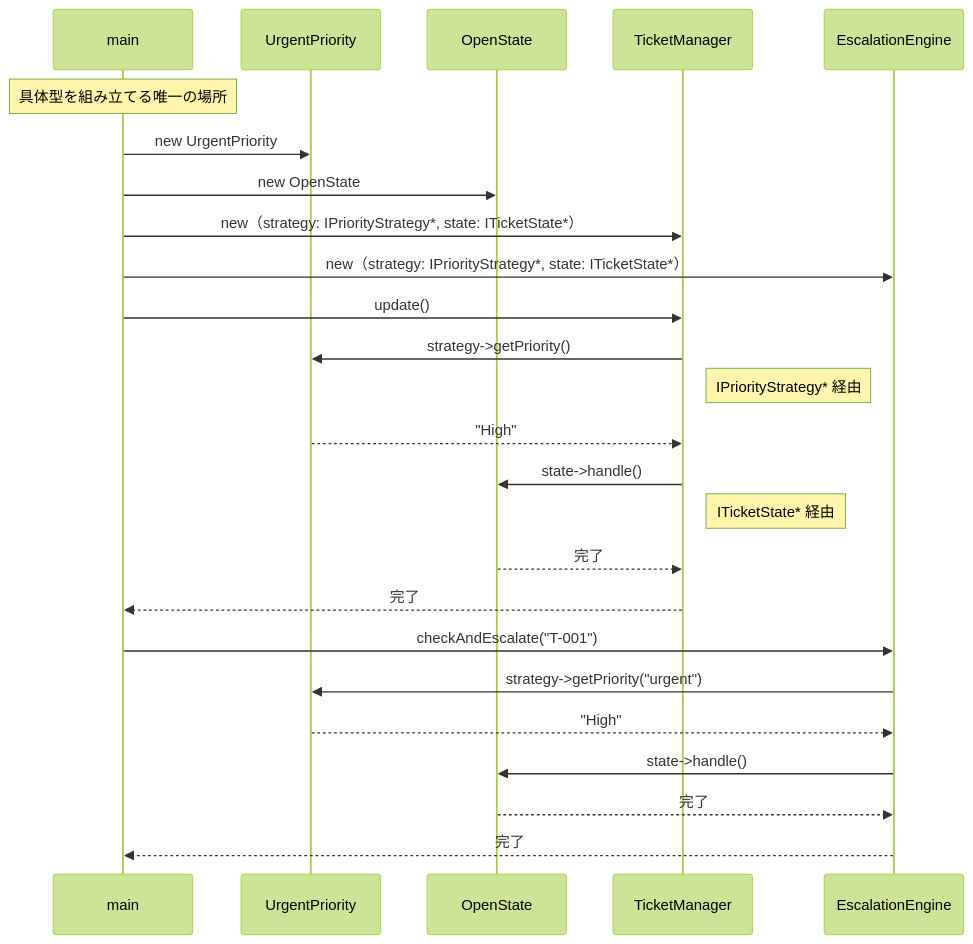
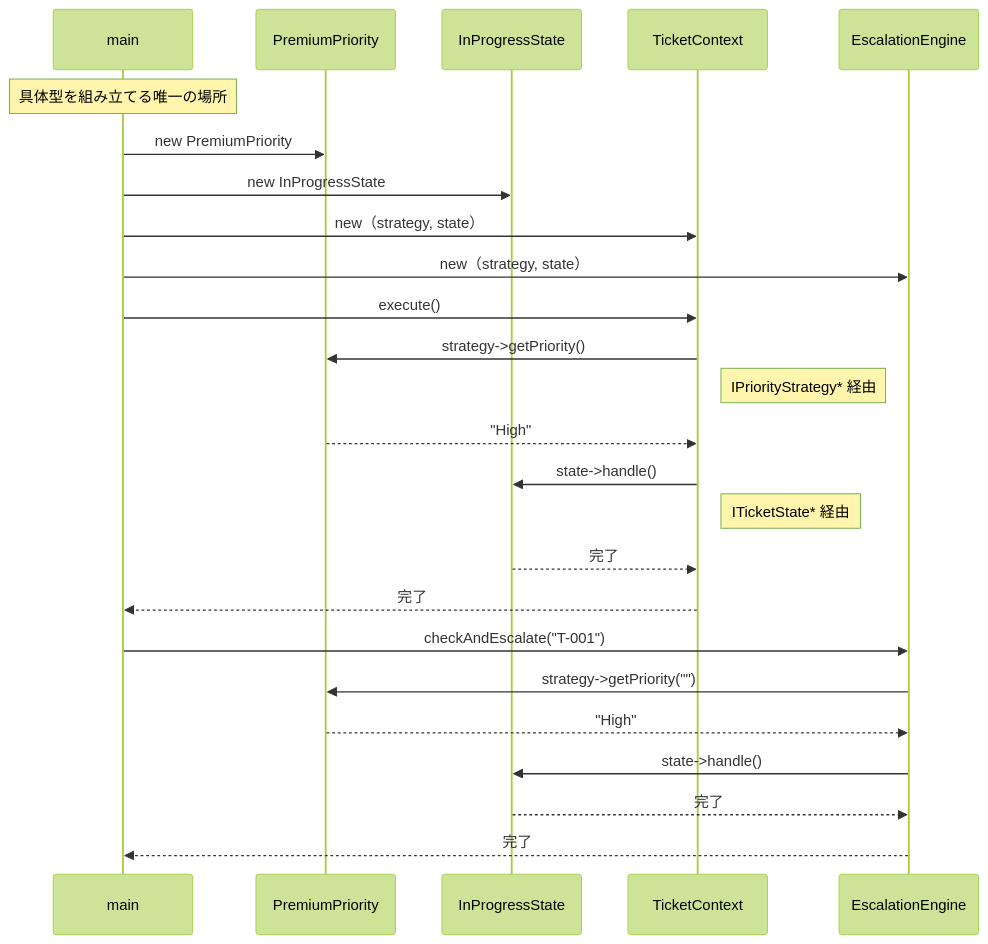
The ninth of 12 diagrams in kindle/design-patterns/output/chapter09_2.md (kumachan1101-pixel/DesignPattern), drawn with Mermaid (forest theme) before and after one commit. The commit also changed other lines of this file and 1 other file, not shown here.

````diff
--- a/kindle/design-patterns/output/chapter09_2.md
+++ b/kindle/design-patterns/output/chapter09_2.md
@@ -693,27 +871,27 @@
 ```mermaid
 sequenceDiagram
     participant main
-    participant UP as UrgentPriority
-    participant OS as OpenState
-    participant TM as TicketManager
+    participant PP as PremiumPriority
+    participant IS as InProgressState
+    participant TM as TicketContext
     participant EE as EscalationEngine
     Note over main: 具体型を組み立てる唯一の場所
-    main->>UP: new UrgentPriority
-    main->>OS: new OpenState
-    main->>TM: new（strategy: IPriorityStrategy*, state: ITicketState*）
-    main->>EE: new（strategy: IPriorityStrategy*, state: ITicketState*）
-    main->>TM: update()
-    TM->>UP: strategy->getPriority()
+    main->>PP: new PremiumPriority
+    main->>IS: new InProgressState
+    main->>TM: new（strategy, state）
+    main->>EE: new（strategy, state）
+    main->>TM: execute()
+    TM->>PP: strategy->getPriority()
     Note right of TM: IPriorityStrategy* 経由
-    UP-->>TM: "High"
-    TM->>OS: state->handle()
+    PP-->>TM: "High"
+    TM->>IS: state->handle()
     Note right of TM: ITicketState* 経由
-    OS-->>TM: 完了
+    IS-->>TM: 完了
     TM-->>main: 完了
     main->>EE: checkAndEscalate("T-001")
-    EE->>UP: strategy->getPriority("urgent")
-    UP-->>EE: "High"
-    EE->>OS: state->handle()
-    OS-->>EE: 完了
+    EE->>PP: strategy->getPriority("")
+    PP-->>EE: "High"
+    EE->>IS: state->handle()
+    IS-->>EE: 完了
     EE-->>main: 完了
 ```
````
